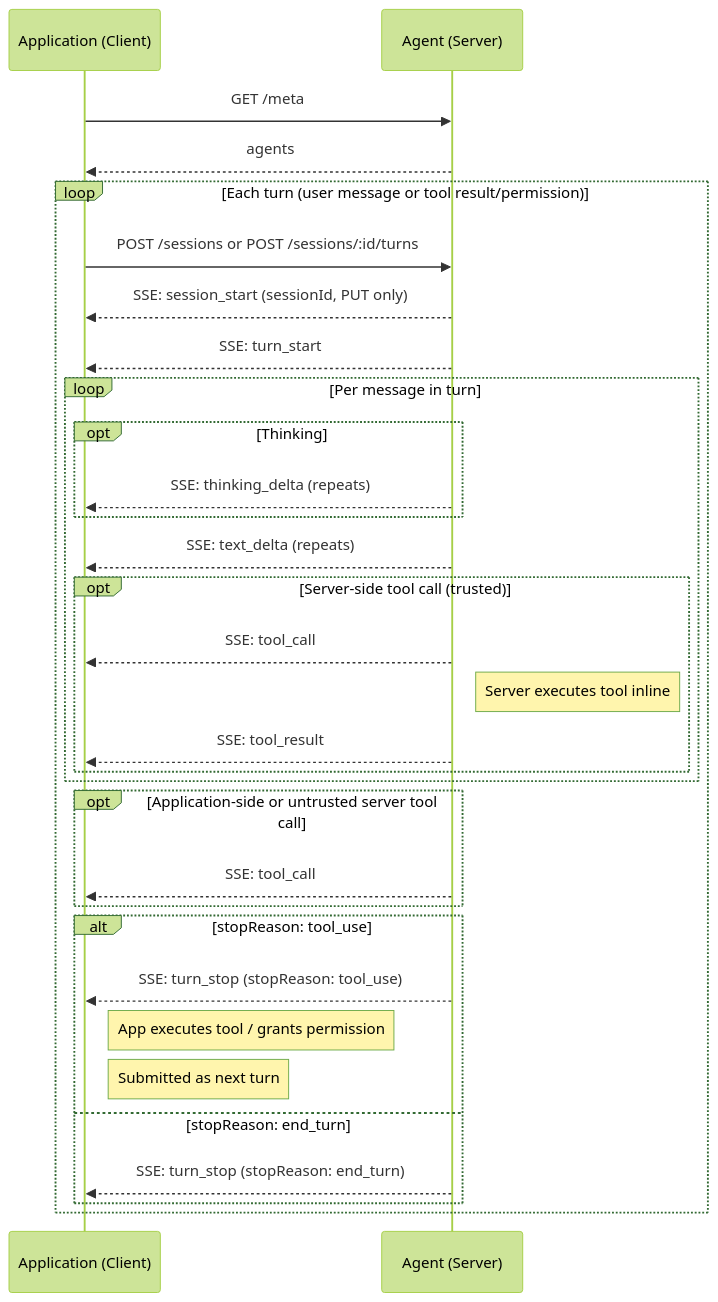
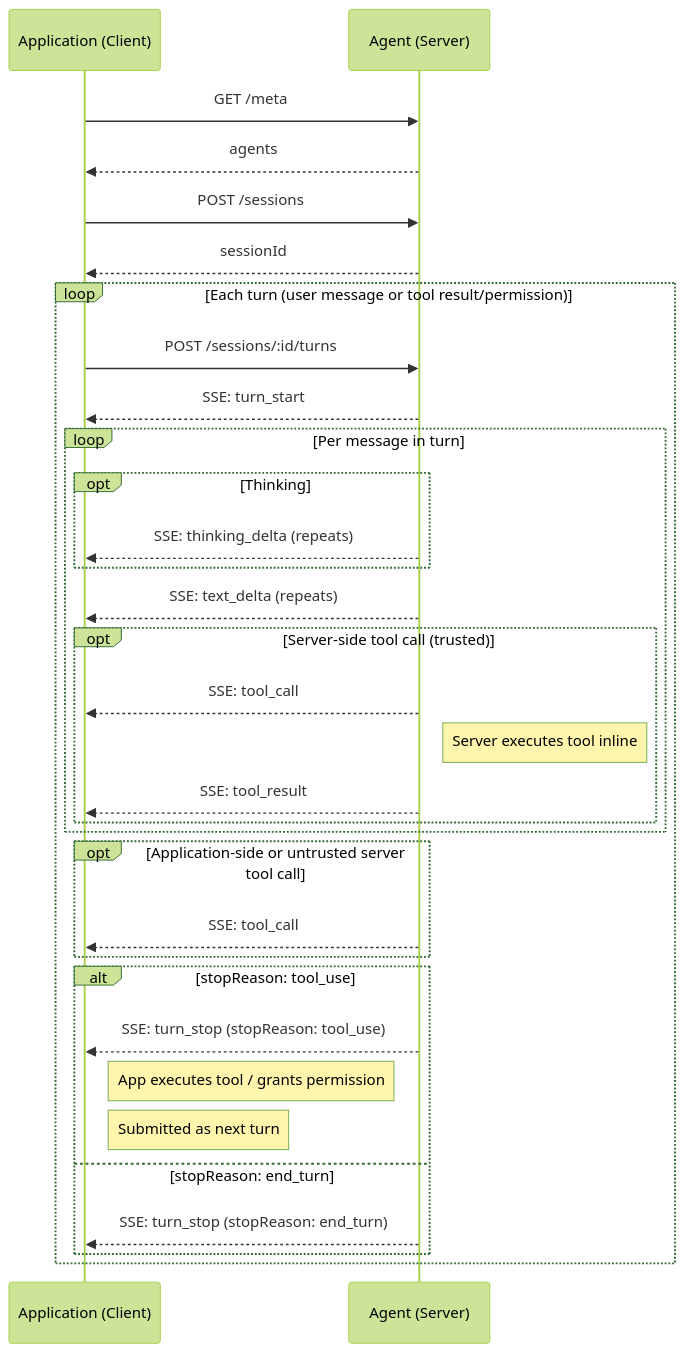
Before and after one commit to agentapplicationprotocol/agent-application-protocol: the diagram in docs/response.md, drawn with Mermaid (forest theme). The commit also changed other lines of this file and 3 other files, not shown here.

````diff
--- a/docs/response.md
+++ b/docs/response.md
@@ -309,35 +285,37 @@
 ```mermaid
 sequenceDiagram
     participant App as Application (Client)
     participant Agent as Agent (Server)
 
     App->>Agent: GET /meta
     Agent-->>App: agents
 
+    App->>Agent: POST /sessions
+    Agent-->>App: sessionId
+
     loop Each turn (user message or tool result/permission)
-        App->>Agent: POST /sessions or POST /sessions/:id/turns
-        Agent-->>App: SSE: session_start (sessionId, PUT only)
+        App->>Agent: POST /sessions/:id/turns
         Agent-->>App: SSE: turn_start
         loop Per message in turn
             opt Thinking
                 Agent-->>App: SSE: thinking_delta (repeats)
             end
             Agent-->>App: SSE: text_delta (repeats)
             opt Server-side tool call (trusted)
                 Agent-->>App: SSE: tool_call
                 Note right of Agent: Server executes tool inline
                 Agent-->>App: SSE: tool_result
             end
         end
         opt Application-side or untrusted server tool call
             Agent-->>App: SSE: tool_call
         end
         alt stopReason: tool_use
             Agent-->>App: SSE: turn_stop (stopReason: tool_use)
             Note right of App: App executes tool / grants permission
             Note right of App: Submitted as next turn
         else stopReason: end_turn
             Agent-->>App: SSE: turn_stop (stopReason: end_turn)
         end
     end
 ```
````
